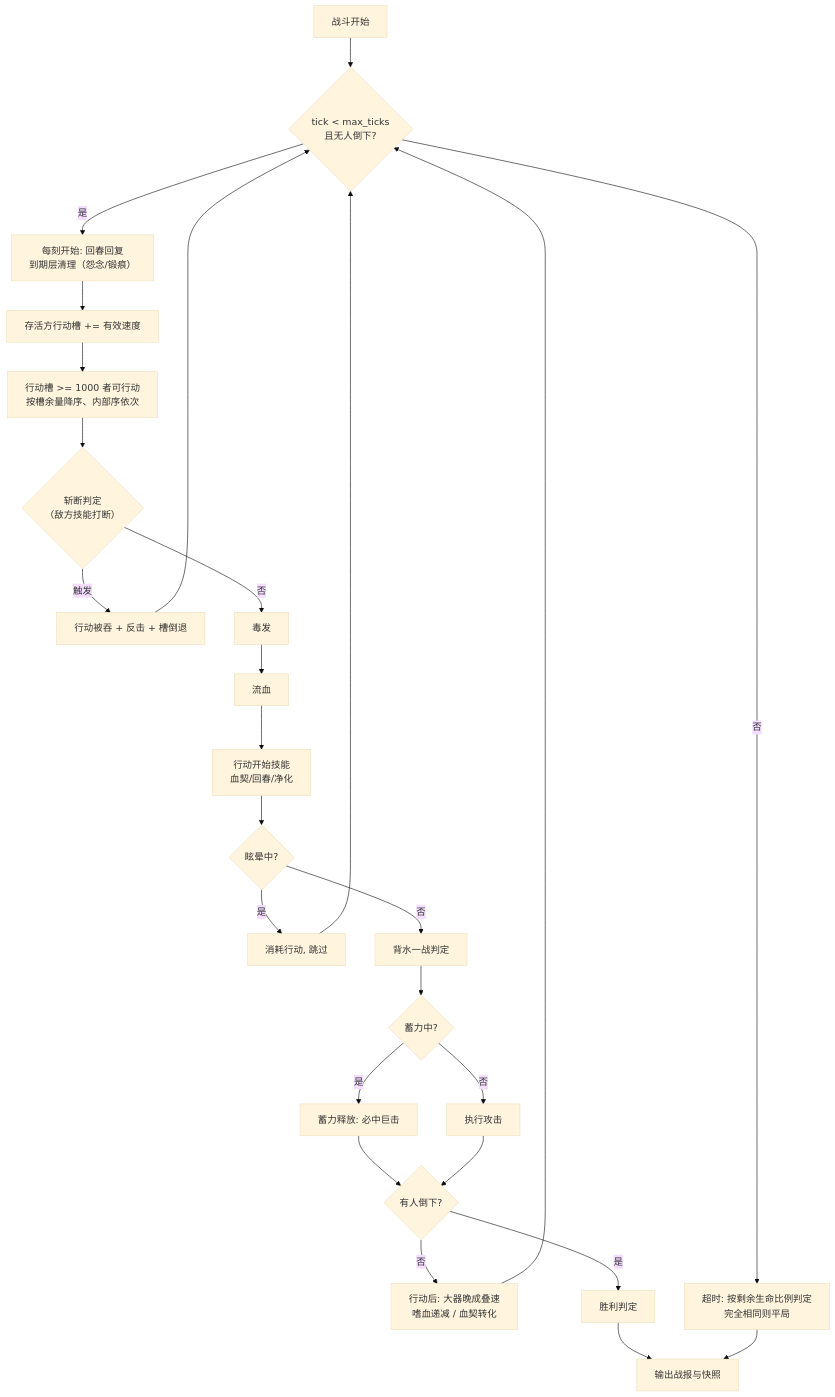
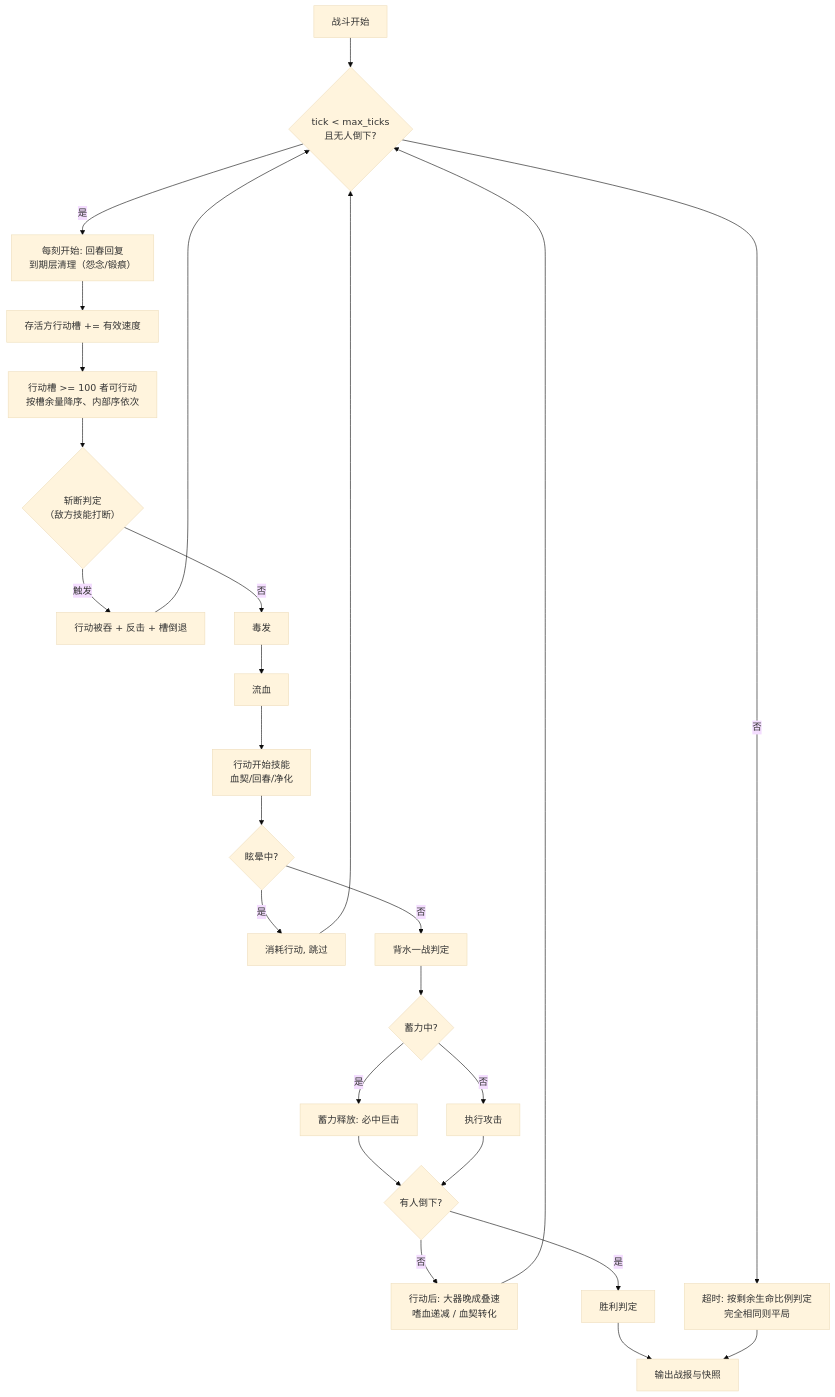
One commit to icdyso/namefight_pro changed the second of 2 diagrams in docs/GAME_SPEC.md. Above: the diagram before and after it, drawn with Mermaid (base theme). The commit also changed other lines of this file and 23 other files, not shown here.

````diff
--- a/docs/GAME_SPEC.md
+++ b/docs/GAME_SPEC.md
@@ -256,19 +270,19 @@
 ```mermaid
 flowchart TD
     S[战斗开始] --> T{tick < max_ticks<br/>且无人倒下?}
     T -->|是| TK[每刻开始: 回春回复<br/>到期层清理（怨念/锻痕）] --> G[存活方行动槽 += 有效速度]
-    G --> R[行动槽 >= 1000 者可行动<br/>按槽余量降序、内部序依次]
+    G --> R[行动槽 >= 100 者可行动<br/>按槽余量降序、内部序依次]
     R --> A0{斩断判定<br/>（敌方技能打断）}
     A0 -->|触发| A0b[行动被吞 + 反击 + 槽倒退] --> T
     A0 -->|否| A1[毒发] --> A1b[流血] --> A2[行动开始技能<br/>血契/回春/净化] --> A3{眩晕中?}
     A3 -->|是| A4[消耗行动, 跳过] --> T
     A3 -->|否| A5[背水一战判定] --> A6{蓄力中?}
     A6 -->|是| A6b[蓄力释放: 必中巨击] --> Z
     A6 -->|否| A7[执行攻击]
     A7 --> Z{有人倒下?}
     Z -->|否| Y[行动后: 大器晚成叠速<br/>嗜血递减 / 血契转化] --> T
     Z -->|是| W[胜利判定]
     T -->|否| J[超时: 按剩余生命比例判定<br/>完全相同则平局]
     W --> V[输出战报与快照]
     J --> V
 ```
````
